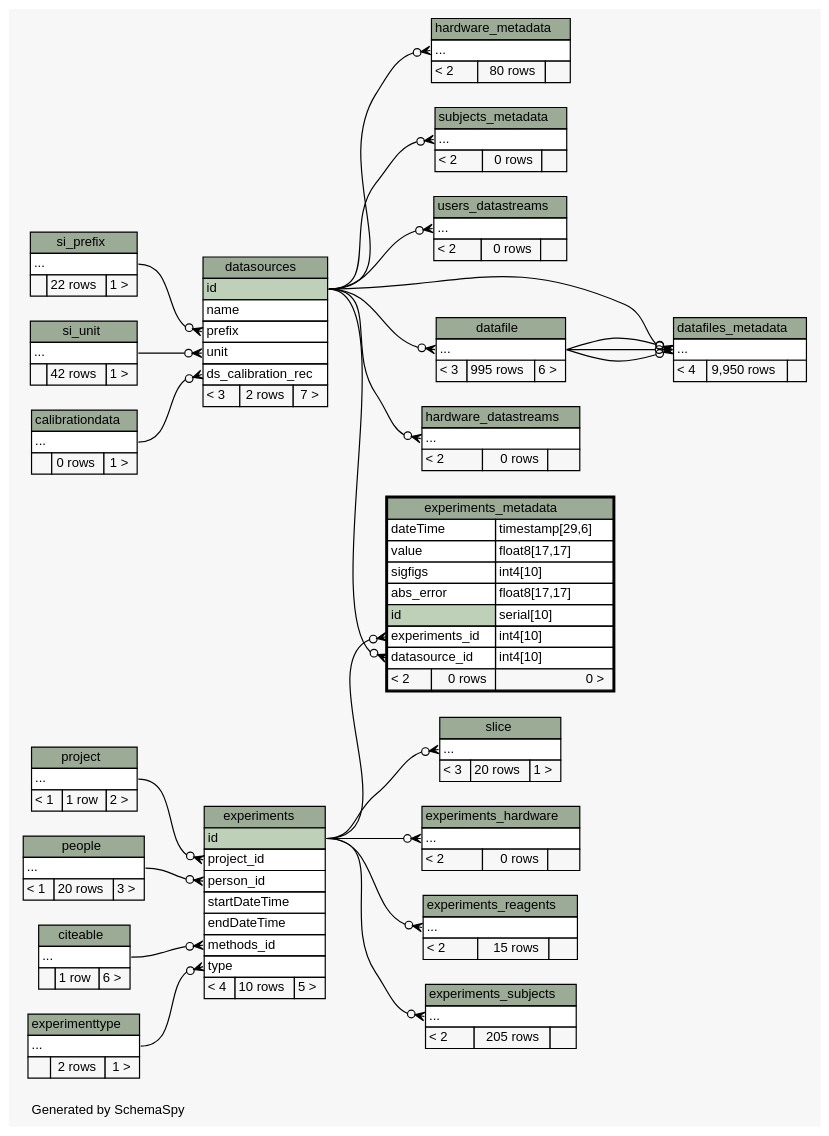
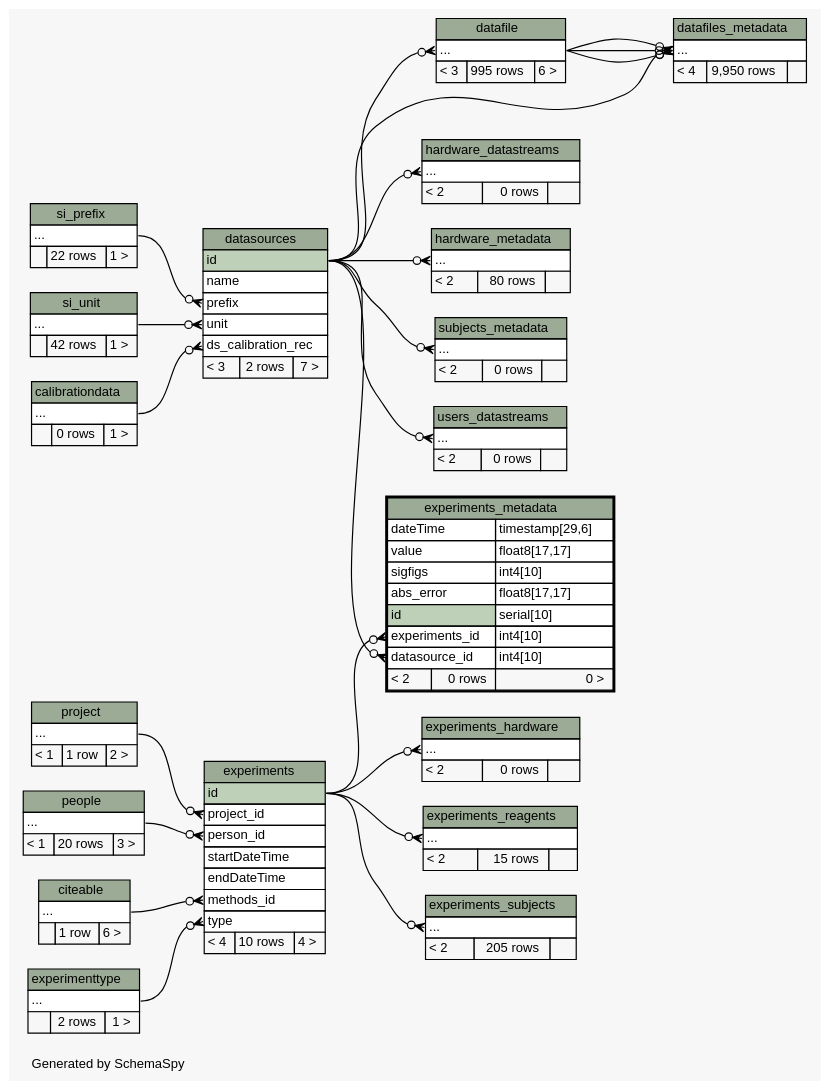
Before and after one commit to tgbugs/mlab: the diagram in database/ss/diagrams/experiments_metadata.2degrees.dot, drawn with Graphviz. The commit also changed 167 other files, not shown here.

```diff
--- a/database/ss/diagrams/experiments_metadata.2degrees.dot
+++ b/database/ss/diagrams/experiments_metadata.2degrees.dot
@@ -38,7 +38,6 @@
   "experiments_subjects":"elipses":w -> "experiments":"id":e [arrowhead=none dir=back arrowtail=crowodot];
   "hardware_datastreams":"elipses":w -> "datasources":"id":e [arrowhead=none dir=back arrowtail=crowodot];
   "hardware_metadata":"elipses":w -> "datasources":"id":e [arrowhead=none dir=back arrowtail=crowodot];
-  "slice":"elipses":w -> "experiments":"id":e [arrowhead=none dir=back arrowtail=crowodot];
   "subjects_metadata":"elipses":w -> "datasources":"id":e [arrowhead=none dir=back arrowtail=crowodot];
   "users_datastreams":"elipses":w -> "datasources":"id":e [arrowhead=none dir=back arrowtail=crowodot];
   "calibrationdata" [
@@ -106,7 +105,7 @@
       <TR><TD PORT="endDateTime" COLSPAN="3" ALIGN="LEFT">endDateTime</TD></TR>
       <TR><TD PORT="methods_id" COLSPAN="3" ALIGN="LEFT">methods_id</TD></TR>
       <TR><TD PORT="type" COLSPAN="3" ALIGN="LEFT">type</TD></TR>
-      <TR><TD ALIGN="LEFT" BGCOLOR="#f7f7f7">&lt; 4</TD><TD ALIGN="RIGHT" BGCOLOR="#f7f7f7">10 rows</TD><TD ALIGN="RIGHT" BGCOLOR="#f7f7f7">5 &gt;</TD></TR>
+      <TR><TD ALIGN="LEFT" BGCOLOR="#f7f7f7">&lt; 4</TD><TD ALIGN="RIGHT" BGCOLOR="#f7f7f7">10 rows</TD><TD ALIGN="RIGHT" BGCOLOR="#f7f7f7">4 &gt;</TD></TR>
     </TABLE>>
     URL="experiments.html"
     tooltip="experiments"
@@ -227,16 +226,6 @@
     URL="si_unit.html"
     tooltip="si_unit"
   ];
-  "slice" [
-    label=<
-    <TABLE BORDER="0" CELLBORDER="1" CELLSPACING="0" BGCOLOR="#ffffff">
-      <TR><TD COLSPAN="3" BGCOLOR="#9bab96" ALIGN="CENTER">slice</TD></TR>
-      <TR><TD PORT="elipses" COLSPAN="3" ALIGN="LEFT">...</TD></TR>
-      <TR><TD ALIGN="LEFT" BGCOLOR="#f7f7f7">&lt; 3</TD><TD ALIGN="RIGHT" BGCOLOR="#f7f7f7">20 rows</TD><TD ALIGN="RIGHT" BGCOLOR="#f7f7f7">1 &gt;</TD></TR>
-    </TABLE>>
-    URL="slice.html"
-    tooltip="slice"
-  ];
   "subjects_metadata" [
     label=<
     <TABLE BORDER="0" CELLBORDER="1" CELLSPACING="0" BGCOLOR="#ffffff">
```
